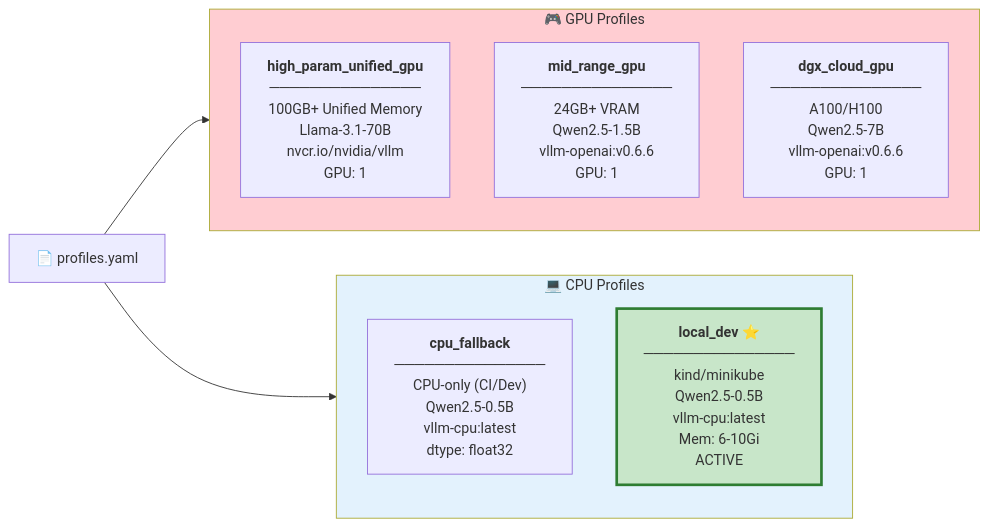
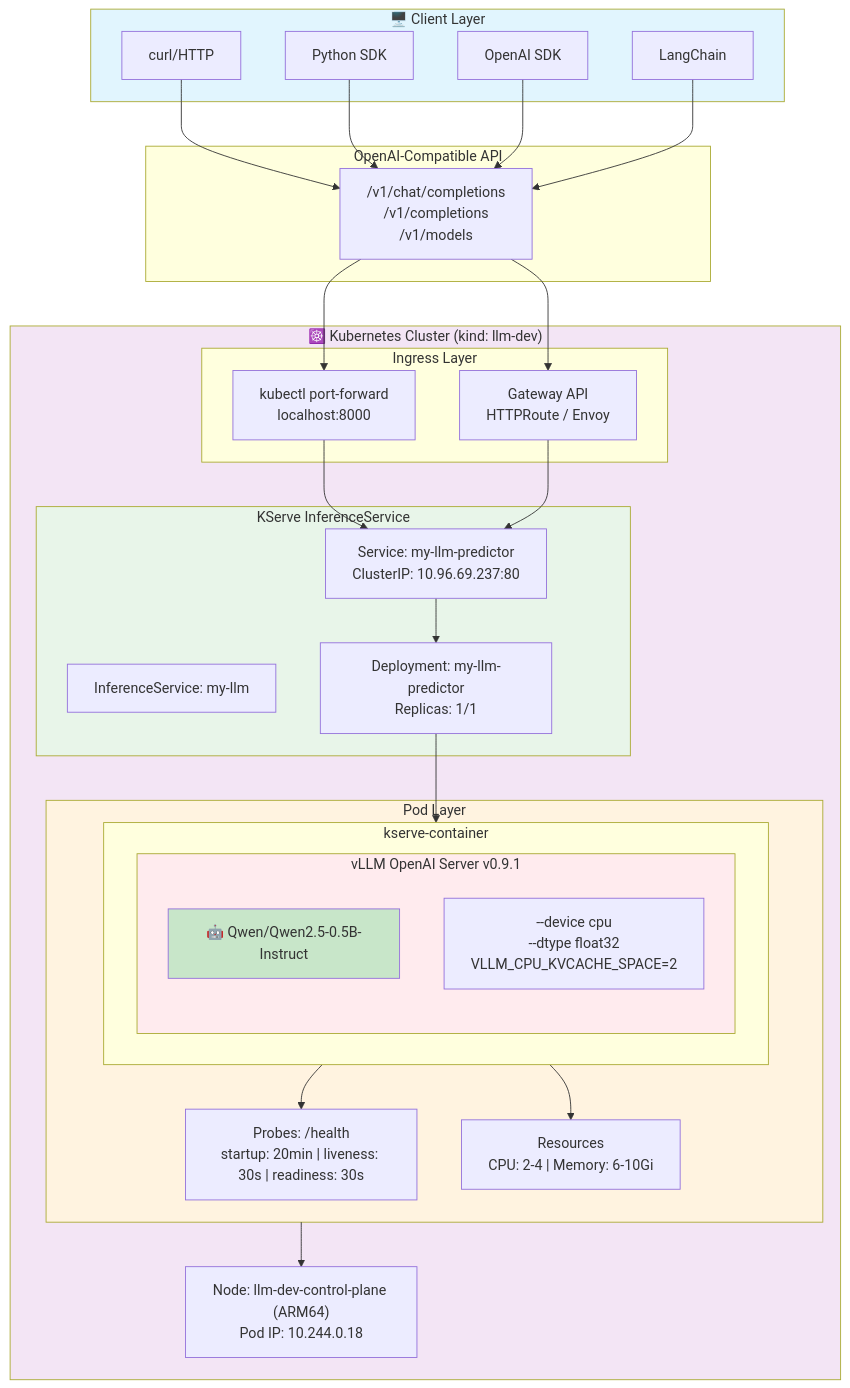
One commit to gsachin/llm-inefence-runtime changed the diagram in docs/System Architecture Overview.mmd. Above: the diagram before and after it, drawn with Mermaid. The commit also changed other lines of this file and 5 other files, not shown here.

````diff
--- a/docs/System Architecture Overview.mmd
+++ b/docs/System Architecture Overview.mmd
@@ -105,19 +1,52 @@
-```mermaid
-flowchart LR
-    subgraph GPU["🎮 GPU Profiles"]
-        high["<b>high_param_unified_gpu</b><br/>───────────────<br/>100GB+ Unified Memory<br/>Llama-3.1-70B<br/>nvcr.io/nvidia/vllm<br/>GPU: 1"]
-        mid["<b>mid_range_gpu</b><br/>───────────────<br/>24GB+ VRAM<br/>Qwen2.5-1.5B<br/>vllm-openai:v0.6.6<br/>GPU: 1"]
-        dgx["<b>dgx_cloud_gpu</b><br/>───────────────<br/>A100/H100<br/>Qwen2.5-7B<br/>vllm-openai:v0.6.6<br/>GPU: 1"]
+flowchart TB
+    subgraph Clients["🖥️ Client Layer"]
+        curl["curl/HTTP"]
+        python["Python SDK"]
+        openai["OpenAI SDK"]
+        langchain["LangChain"]
     end
 
-    subgraph CPU["💻 CPU Profiles"]
-        cpu["<b>cpu_fallback</b><br/>───────────────<br/>CPU-only (CI/Dev)<br/>Qwen2.5-0.5B<br/>vllm-cpu:latest<br/>dtype: float32"]
-        local["<b>local_dev ⭐</b><br/>───────────────<br/>kind/minikube<br/>Qwen2.5-0.5B<br/>vllm-cpu:latest<br/>Mem: 6-10Gi<br/>ACTIVE"]
+    subgraph API["OpenAI-Compatible API"]
+        endpoints["/v1/chat/completions<br/>/v1/completions<br/>/v1/models"]
     end
 
-    profiles["📄 profiles.yaml"] --> GPU & CPU
+    subgraph K8s["☸️ Kubernetes Cluster (kind: llm-dev)"]
+        subgraph Ingress["Ingress Layer"]
+            portfwd["kubectl port-forward<br/>localhost:8000"]
+            gateway["Gateway API<br/>HTTPRoute / Envoy"]
+        end
 
-    style local fill:#c8e6c9,stroke:#2e7d32,stroke-width:3px
-    style GPU fill:#ffcdd2
-    style CPU fill:#e3f2fd
-```
+        subgraph KServe["KServe InferenceService"]
+            isvc["InferenceService: my-llm"]
+            svc["Service: my-llm-predictor<br/>ClusterIP: 10.96.69.237:80"]
+            deploy["Deployment: my-llm-predictor<br/>Replicas: 1/1"]
+        end
+
+        subgraph Pod["Pod Layer"]
+            subgraph Container["kserve-container"]
+                subgraph vLLM["vLLM OpenAI Server v0.9.1"]
+                    model["🤖 Qwen/Qwen2.5-0.5B-Instruct"]
+                    config["--device cpu<br/>--dtype float32<br/>VLLM_CPU_KVCACHE_SPACE=2"]
+                end
+            end
+            probes["Probes: /health<br/>startup: 20min | liveness: 30s | readiness: 30s"]
+            resources["Resources<br/>CPU: 2-4 | Memory: 6-10Gi"]
+        end
+
+        node["Node: llm-dev-control-plane (ARM64)<br/>Pod IP: 10.244.0.18"]
+    end
+
+    curl & python & openai & langchain --> endpoints
+    endpoints --> portfwd & gateway
+    portfwd & gateway --> svc
+    svc --> deploy
+    deploy --> Container
+    Container --> probes & resources
+    Pod --> node
+
+    style Clients fill:#e1f5fe
+    style K8s fill:#f3e5f5
+    style KServe fill:#e8f5e9
+    style Pod fill:#fff3e0
+    style vLLM fill:#ffebee
+    style model fill:#c8e6c9
````
